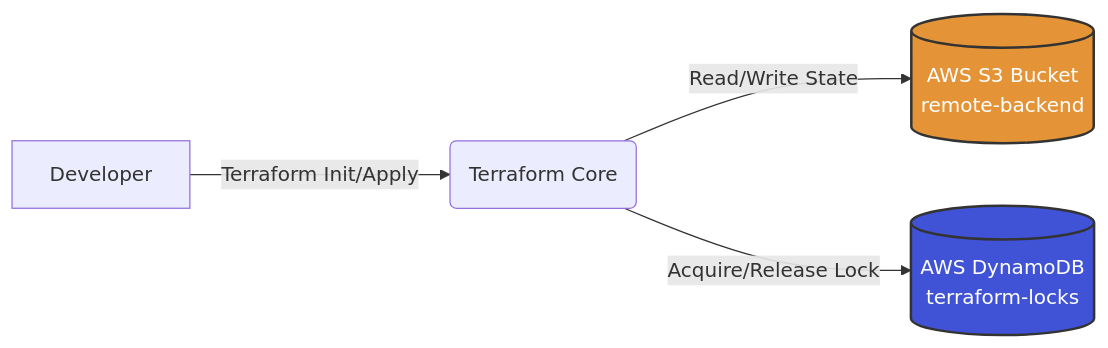
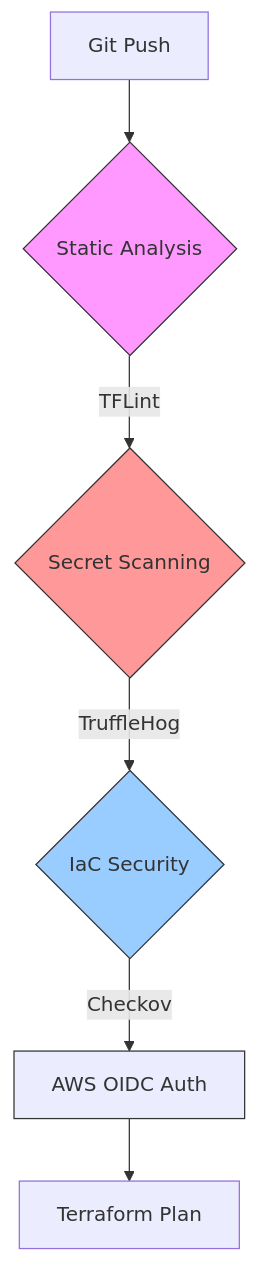
One commit to Milip-bit/AWS_CICD_Secure_Cloud_Lab changed the diagram in Readme.md. Above: the diagram before and after it, drawn with Mermaid. The commit also changed other lines of this file, not shown here.

````diff
--- a/Readme.md
+++ b/Readme.md
@@ -21,10 +22,14 @@
 ```mermaid
-flowchart LR
-    User[Developer] -->|Terraform Init/Apply| Core(Terraform Core)
-    Core -->|Read/Write State| S3[(AWS S3 Bucket\nremote-backend)]
-    Core -->|Acquire/Release Lock| DDB[(AWS DynamoDB\nterraform-locks)]
+graph TD
+    A[Git Push] --> B{Static Analysis}
+    B -->|TFLint| C{Secret Scanning}
+    C -->|TruffleHog| D{IaC Security}
+    D -->|Checkov| E[AWS OIDC Auth]
+    E --> F[Terraform Plan]
 
-    style S3 fill:#E49436,stroke:#333,stroke-width:2px,color:white
-    style DDB fill:#4053D6,stroke:#333,stroke-width:2px,color:white
+    style B fill:#f9f,stroke:#333
+    style C fill:#ff9999,stroke:#333
+    style D fill:#99ccff,stroke:#333
+    style E fill:#orange,stroke:#333
 
 ```
````
